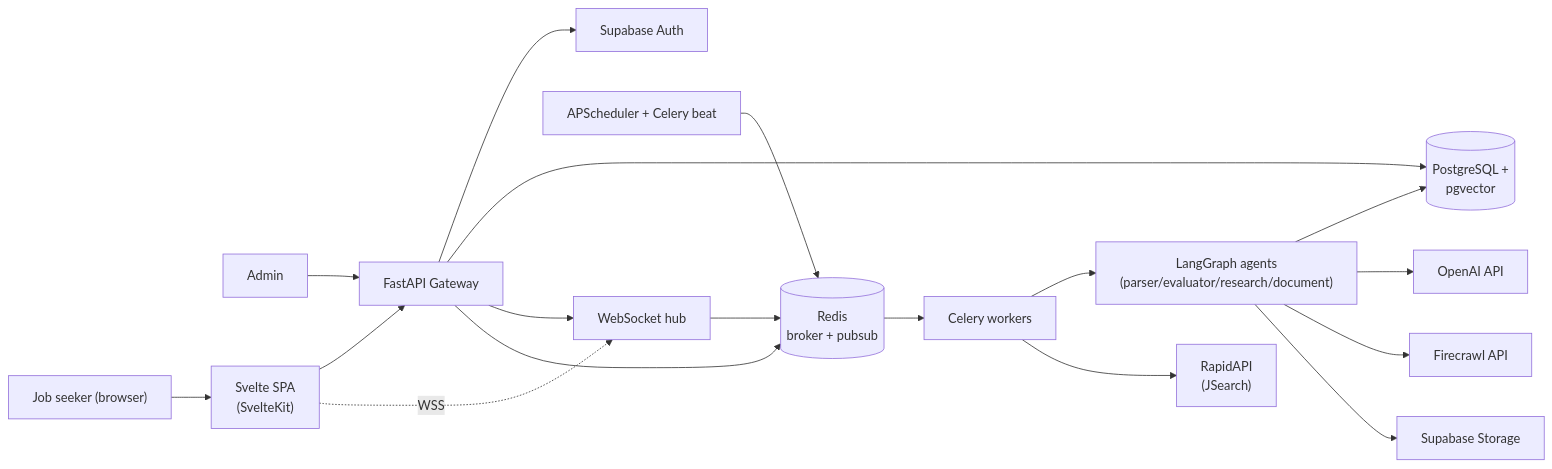
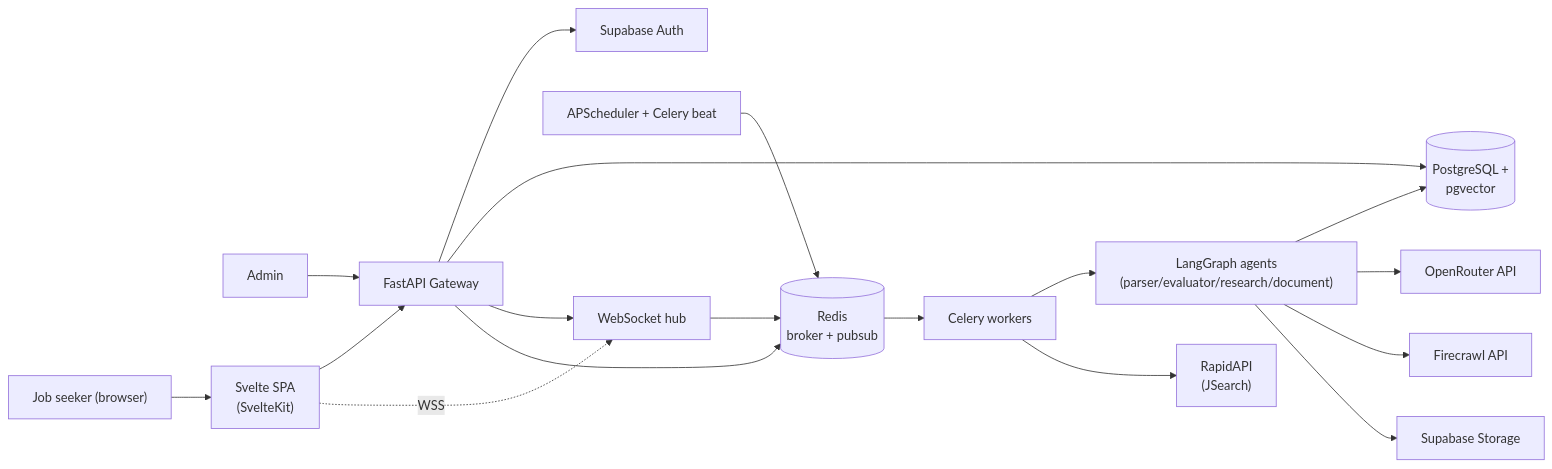
One commit to Gathondu/kaziro changed the diagram in docs/architecture/01-system-overview.md. Above: the diagram before and after it, drawn with Mermaid. The commit also changed other lines of this file and 41 other files, not shown here.

First line of the commit message:
Update configuration for OpenRouter integration

````diff
--- a/docs/architecture/01-system-overview.md
+++ b/docs/architecture/01-system-overview.md
@@ -66,32 +66,32 @@
 ```mermaid
 flowchart LR
   user["Job seeker (browser)"]
   admin["Admin"]
   fe["Svelte SPA<br/>(SvelteKit)"]
   api["FastAPI Gateway"]
   ws["WebSocket hub"]
   scheduler["APScheduler + Celery beat"]
   broker[("Redis<br/>broker + pubsub")]
   workers["Celery workers"]
   agents["LangGraph agents<br/>(parser/evaluator/research/document)"]
   pg[("PostgreSQL +<br/>pgvector")]
   supaAuth["Supabase Auth"]
   supaStore["Supabase Storage"]
   rapid["RapidAPI<br/>(JSearch)"]
   firecrawl["Firecrawl API"]
-  openai["OpenAI API"]
+  openrouter["OpenRouter API"]
 
   user --> fe --> api
   admin --> api
   api --> supaAuth
   api --> pg
   api --> ws --> broker
   api --> broker
   scheduler --> broker --> workers --> agents
   agents --> pg
-  agents --> openai
+  agents --> openrouter
   agents --> firecrawl
   workers --> rapid
   agents --> supaStore
   fe -.->|WSS| ws
 ```
````
